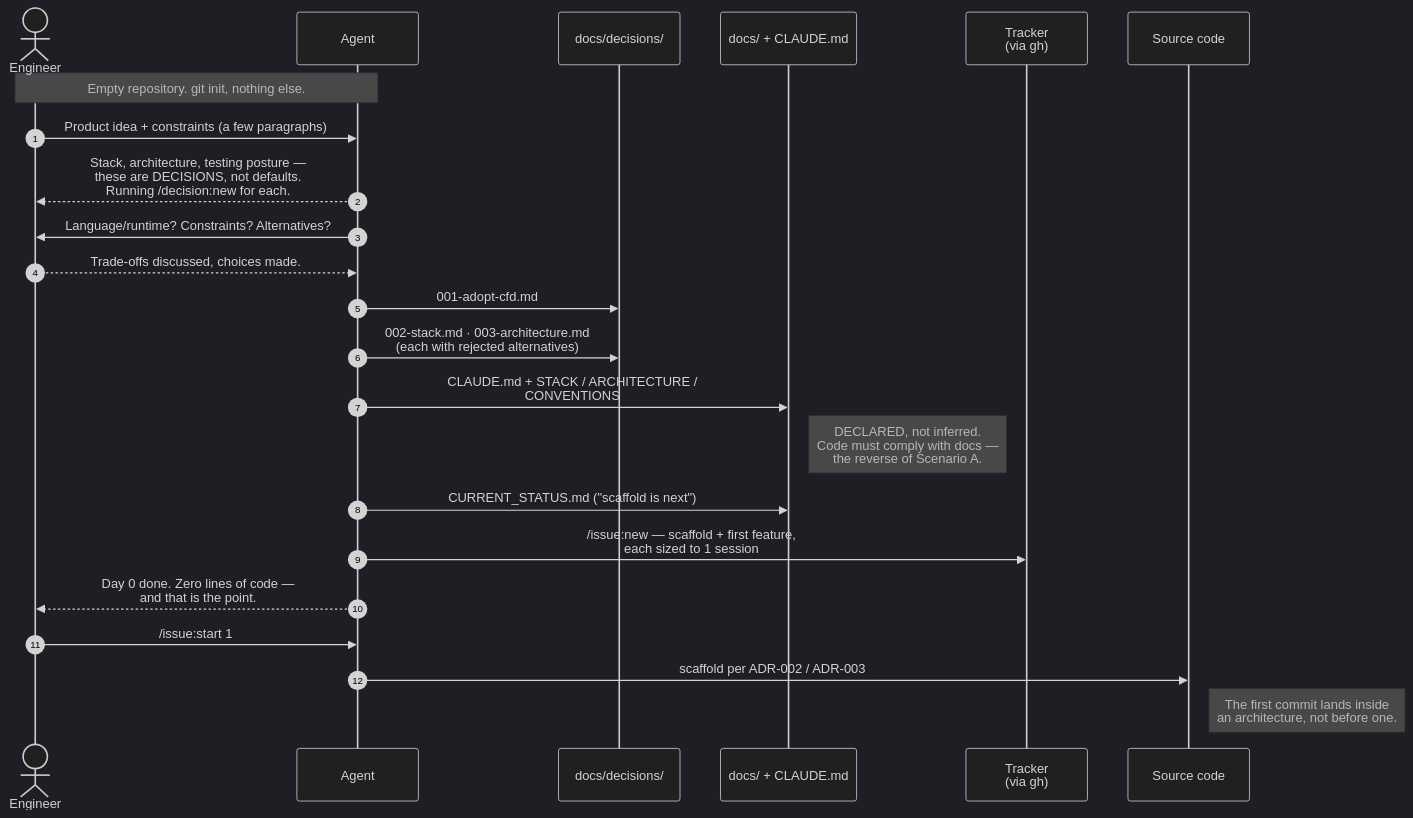
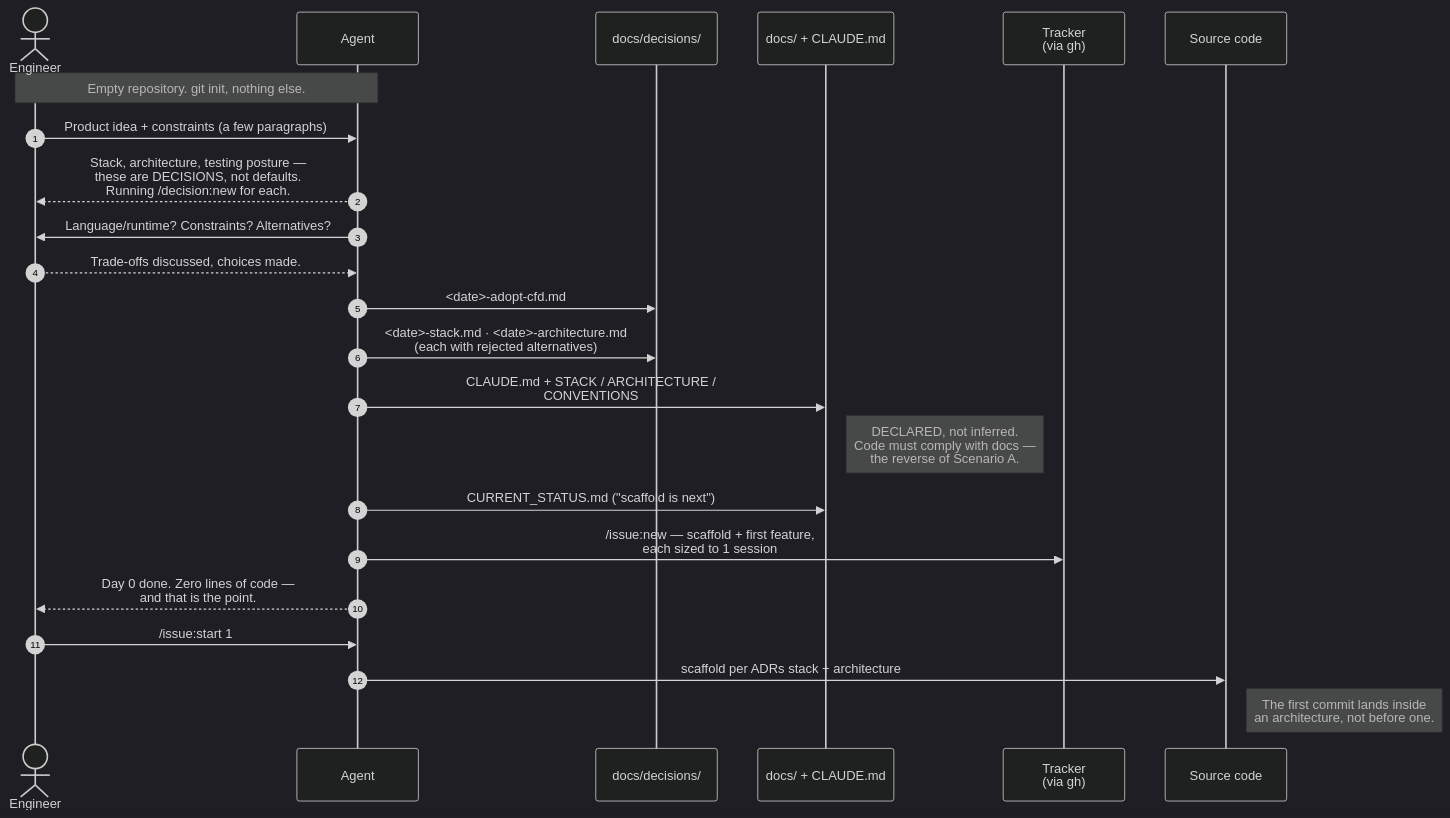
Before and after one commit to albertomarturelo/context-first-development: the third of 7 diagrams in docs/session-flow.md, drawn with Mermaid (dark theme). The commit also changed other lines of this file and 31 other files, not shown here.

First line of the commit message:
feat: identify ADRs by date-prefixed slug instead of sequence number

````diff
--- a/docs/session-flow.md
+++ b/docs/session-flow.md
@@ -115,31 +115,31 @@
 ```mermaid
 sequenceDiagram
     autonumber
     actor E as Engineer
     participant A as Agent
     participant ADRs as docs/decisions/
     participant DOCS as docs/ + CLAUDE.md
     participant ISS as Tracker<br/>(via gh)
     participant CODE as Source code
 
     Note over E,A: Empty repository. git init, nothing else.
 
     E->>A: Product idea + constraints (a few paragraphs)
     A-->>E: Stack, architecture, testing posture —<br/>these are DECISIONS, not defaults.<br/>Running /decision:new for each.
 
     A->>E: Language/runtime? Constraints? Alternatives?
     E-->>A: Trade-offs discussed, choices made.
 
-    A->>ADRs: 001-adopt-cfd.md
-    A->>ADRs: 002-stack.md · 003-architecture.md<br/>(each with rejected alternatives)
+    A->>ADRs: <date>-adopt-cfd.md
+    A->>ADRs: <date>-stack.md · <date>-architecture.md<br/>(each with rejected alternatives)
     A->>DOCS: CLAUDE.md + STACK / ARCHITECTURE /<br/>CONVENTIONS
     Note right of DOCS: DECLARED, not inferred.<br/>Code must comply with docs —<br/>the reverse of Scenario A.
     A->>DOCS: CURRENT_STATUS.md ("scaffold is next")
 
     A->>ISS: /issue:new — scaffold + first feature,<br/>each sized to 1 session
     A-->>E: Day 0 done. Zero lines of code —<br/>and that is the point.
 
     E->>A: /issue:start 1
-    A->>CODE: scaffold per ADR-002 / ADR-003
+    A->>CODE: scaffold per ADRs stack + architecture
     Note right of CODE: The first commit lands inside<br/>an architecture, not before one.
 ```
````
